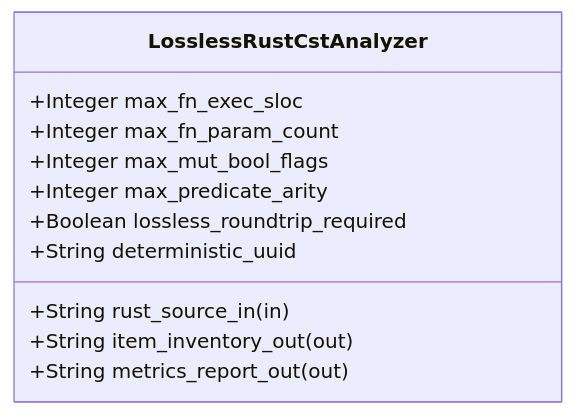
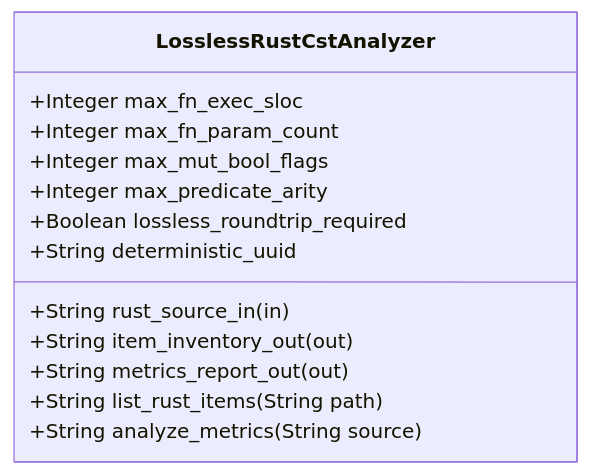
Before and after one commit to gintatkinson/DEAP01-spec-core: the diagram in .pipeline/upstream/docs/features/FEAT-37-LosslessRustCstAnalyzer.md, drawn with Mermaid. The commit also changed other lines of this file and 225 other files, not shown here.

````diff
--- a/.pipeline/upstream/docs/features/FEAT-37-LosslessRustCstAnalyzer.md
+++ b/.pipeline/upstream/docs/features/FEAT-37-LosslessRustCstAnalyzer.md
@@ -16,14 +16,16 @@
 ```mermaid
 classDiagram
     class LosslessRustCstAnalyzer {
         +String rust_source_in (in)
         +String item_inventory_out (out)
         +String metrics_report_out (out)
         +Integer max_fn_exec_sloc
         +Integer max_fn_param_count
         +Integer max_mut_bool_flags
         +Integer max_predicate_arity
         +Boolean lossless_roundtrip_required
         +String deterministic_uuid
+        +String list_rust_items(String path)
+        +String analyze_metrics(String source)
     }
 ```
````
